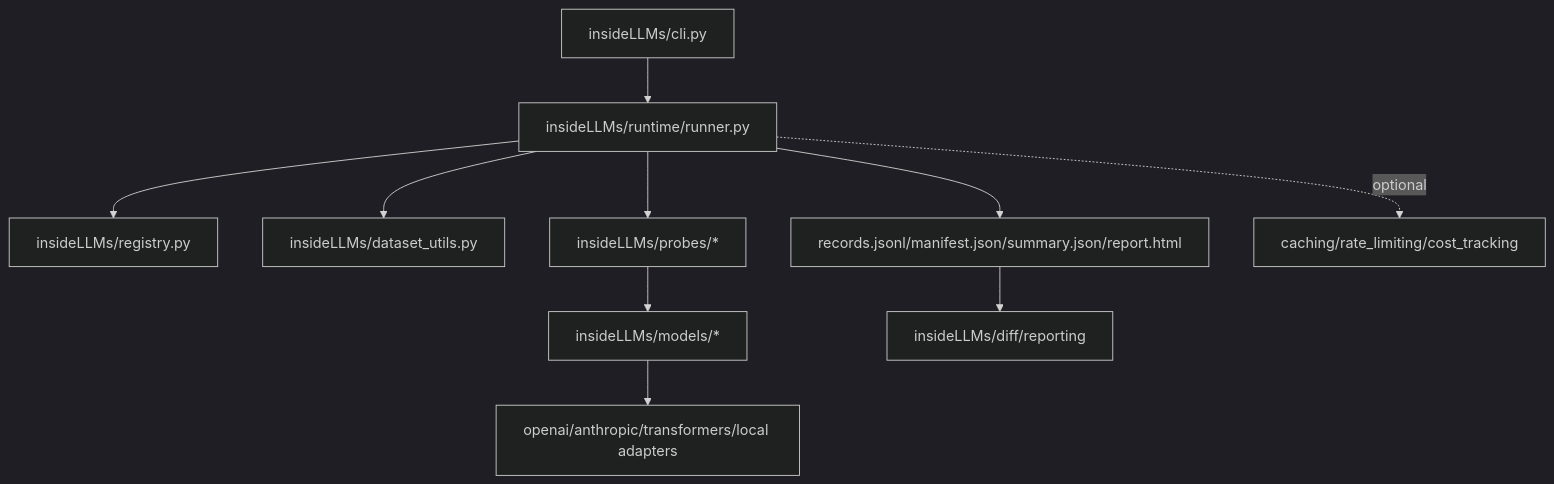
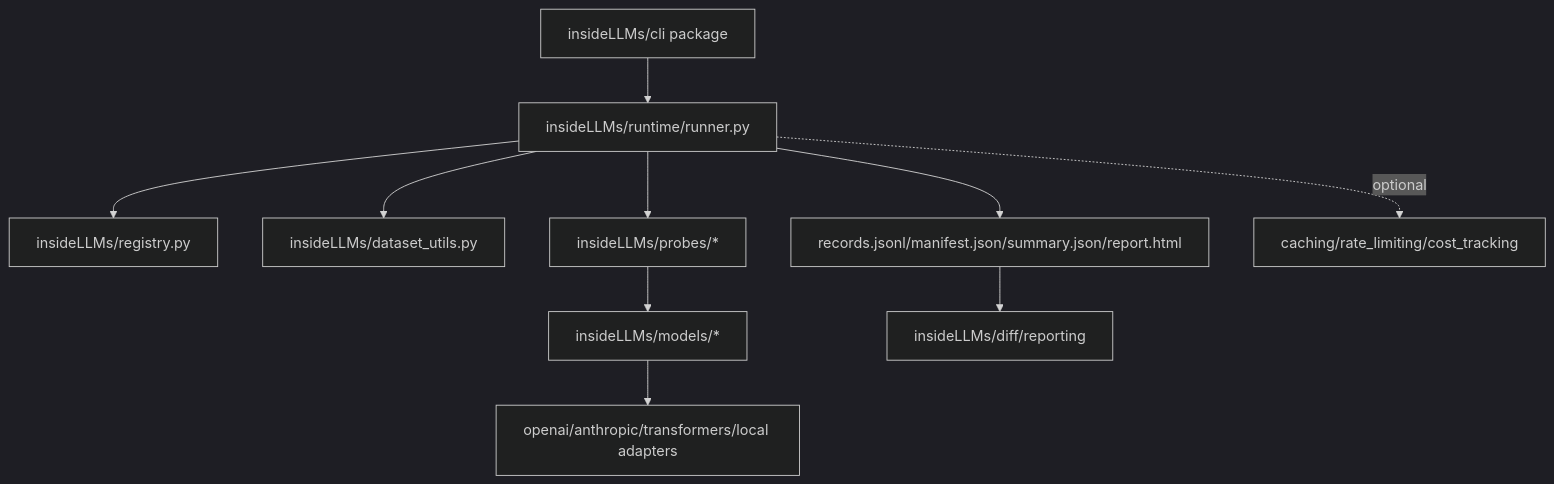
The diagram in AGENTS.md (dr-gareth-roberts/insideLLMs), drawn with Mermaid (dark theme) before and after one commit. The commit also changed other lines of this file and 174 other files, not shown here.

````diff
--- a/AGENTS.md
+++ b/AGENTS.md
@@ -43,12 +42,12 @@
 ```mermaid
 graph TD
-  CLI[insideLLMs/cli.py] --> Runner[insideLLMs/runtime/runner.py]
+  CLI[insideLLMs/cli package] --> Runner[insideLLMs/runtime/runner.py]
   Runner --> Registry[insideLLMs/registry.py]
   Runner --> Datasets[insideLLMs/dataset_utils.py]
   Runner --> Probes[insideLLMs/probes/*]
   Probes --> Models[insideLLMs/models/*]
   Models --> Providers[openai/anthropic/transformers/local adapters]
   Runner --> Artifacts[records.jsonl/manifest.json/summary.json/report.html]
   Artifacts --> Diff[insideLLMs/diff/reporting]
   Runner -. optional .-> Infra[caching/rate_limiting/cost_tracking]
 ```
````
